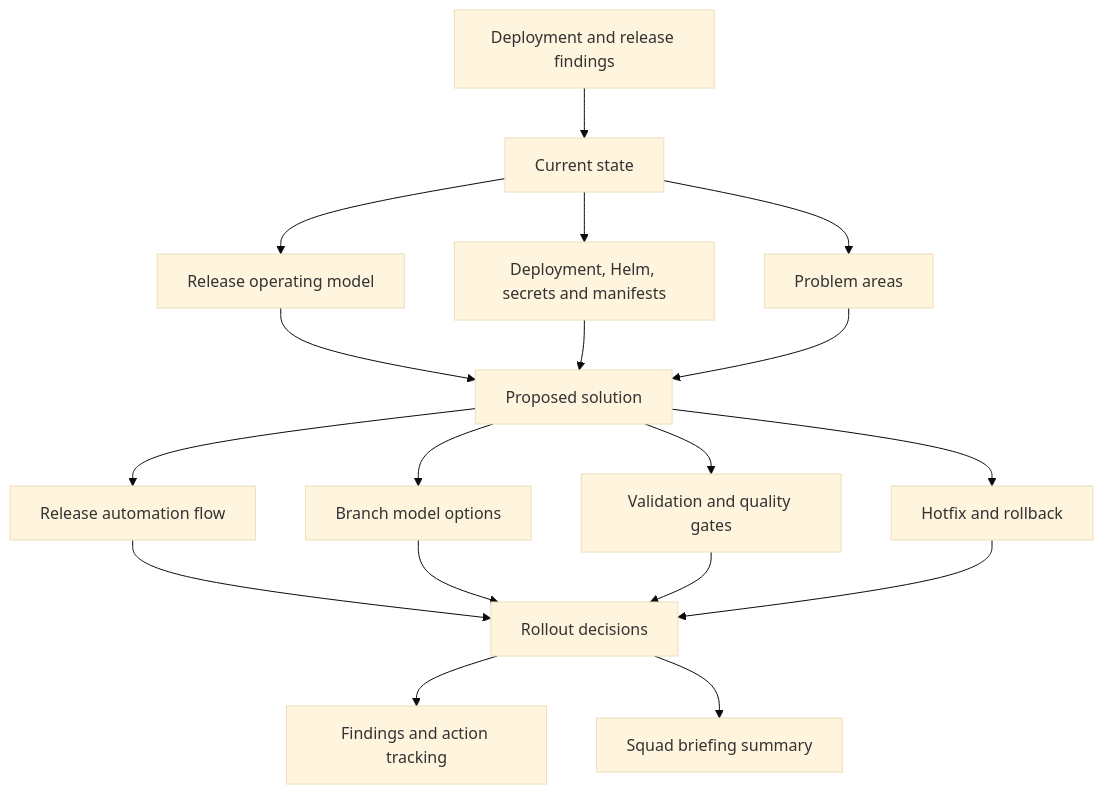
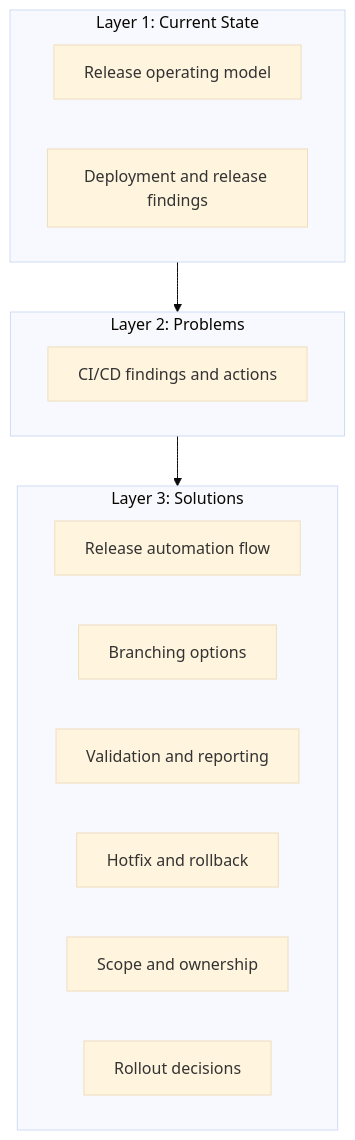
Before and after one commit to benanaktaspusulait/branching-strategy: the diagram in README.md, drawn with Mermaid (base theme). The commit also changed other lines of this file, not shown here.

Commit message:
"Remove outdated pre-meeting brief and process summary documents."

````diff
--- a/README.md
+++ b/README.md
@@ -26,24 +75,23 @@
 ```mermaid
 flowchart TD
-  FINDINGS["Deployment and release findings"] --> CURRENT["Current state"]
-  CURRENT --> FLOW["Release operating model"]
-  CURRENT --> TOOLING["Deployment, Helm, secrets and manifests"]
-  CURRENT --> PAIN["Problem areas"]
+  subgraph CURRENT["Layer 1: Current State"]
+    A["Release operating model"]
+    B["Deployment and release findings"]
+  end
 
-  FLOW --> PROPOSED["Proposed solution"]
-  TOOLING --> PROPOSED
-  PAIN --> PROPOSED
+  subgraph PROBLEMS["Layer 2: Problems"]
+    C["CI/CD findings and actions"]
+  end
 
-  PROPOSED --> AUTO["Release automation flow"]
-  PROPOSED --> BRANCHES["Branch model options"]
-  PROPOSED --> VALIDATION["Validation and quality gates"]
-  PROPOSED --> HOTFIX["Hotfix and rollback"]
+  subgraph SOLUTIONS["Layer 3: Solutions"]
+    D["Release automation flow"]
+    E["Branching options"]
+    F["Validation and reporting"]
+    G["Hotfix and rollback"]
+    H["Scope and ownership"]
+    I["Rollout decisions"]
+  end
 
-  AUTO --> ROLLOUT["Rollout decisions"]
-  BRANCHES --> ROLLOUT
-  VALIDATION --> ROLLOUT
-  HOTFIX --> ROLLOUT
-
-  ROLLOUT --> ACTIONS["Findings and action tracking"]
-  ROLLOUT --> BRIEF["Squad briefing summary"]
+  CURRENT --> PROBLEMS
+  PROBLEMS --> SOLUTIONS
 ```
````
